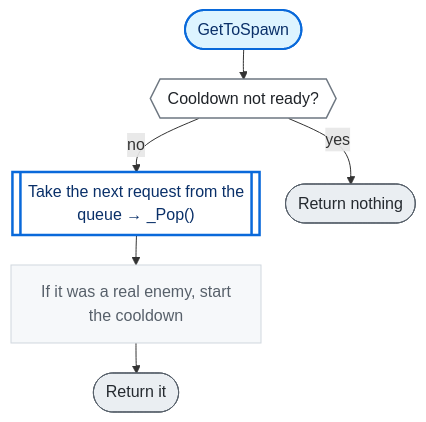
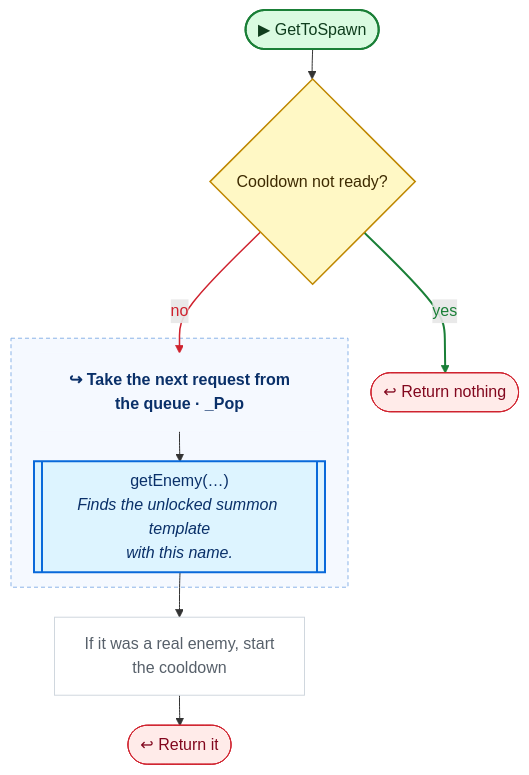
Before and after one commit to nataiai/Lord-of-the-Dungeon: the third of 4 diagrams in CodeGraph~/graph/Connector/SummonDB.cs.md, drawn with Mermaid. The commit also changed other lines of this file and 44 other files, not shown here.

````diff
--- a/CodeGraph~/graph/Connector/SummonDB.cs.md
+++ b/CodeGraph~/graph/Connector/SummonDB.cs.md
@@ -75,36 +75,50 @@
 ```mermaid
 ---
 config:
   flowchart:
     wrappingWidth: 260
     nodeSpacing: 26
     rankSpacing: 30
 ---
 flowchart TD
-  nS(["GetToSpawn"])
-  n6f665b{{"Cooldown not ready?"}}
-  n9803bb[["Take the next request from the<br>queue → _Pop()"]]
+  nS(["▶ GetToSpawn"])
+  n6f665b{"Cooldown not ready?"}
+  n9803bb_h["↪ Take the next request from<br>the queue · _Pop"]
+  n9803bb_n912e82[["getEnemy(…)<br><i>Finds the unlocked summon template</i><br><i>with this name.</i>"]]
   n295bb4["If it was a real enemy, start<br>the cooldown"]
-  neebe27(["Return nothing"])
-  n06abba(["Return it"])
+  neebe27(["↩ Return nothing"])
+  n06abba(["↩ Return it"])
+  subgraph n9803bb_g[" "]
+    n9803bb_h
+    n9803bb_n912e82
+  end
+  style n9803bb_g fill:#f5f9ff,stroke:#8cb4e8,stroke-dasharray:4 3,color:#0a3069
   nS --> n6f665b
-  n6f665b -->|no| n9803bb
+  n6f665b -->|no| n9803bb_h
   n6f665b -->|yes| neebe27
-  n9803bb --> n295bb4
   n295bb4 --> n06abba
-  classDef unity fill:#fff1c2,stroke:#9a6700,stroke-width:2px,color:#3b2300
-  classDef start fill:#ddf4ff,stroke:#0969da,stroke-width:2px,color:#0a3069
-  classDef calc fill:#f6f8fa,stroke:#d0d7de,color:#57606a
-  classDef calls fill:#ffffff,stroke:#0969da,stroke-width:2.5px,color:#0a3069
-  classDef cond fill:#ffffff,stroke:#6e7781,stroke-width:1.5px,color:#1f2328
-  classDef loop fill:#fbefff,stroke:#8250df,color:#3e1f79
-  classDef exit fill:#eaeef2,stroke:#57606a,color:#24292f
-  classDef wait fill:#fff8f0,stroke:#bc4c00,color:#4d1d00
+  n9803bb_h --> n9803bb_n912e82
+  n9803bb_n912e82 --> n295bb4
+  linkStyle 1 stroke:#cf222e,stroke-width:1.5px,color:#cf222e
+  linkStyle 2 stroke:#1a7f37,stroke-width:2px,color:#1a7f37
+  classDef unity fill:#dafbe1,stroke:#1a7f37,stroke-width:2px,color:#0f3d1d
+  classDef start fill:#dafbe1,stroke:#1a7f37,stroke-width:2px,color:#0f3d1d
+  classDef calc fill:#ffffff,stroke:#d0d7de,color:#57606a
+  classDef calls fill:#ddf4ff,stroke:#0969da,stroke-width:2px,color:#0a3069
+  classDef ext fill:#ddf4ff,stroke:#0969da,stroke-width:2px,stroke-dasharray:5 3,color:#0a3069
+  classDef cond fill:#fff8c5,stroke:#bf8700,stroke-width:1.5px,color:#3d2a00
+  classDef loop fill:#f6f8fa,stroke:#57606a,color:#1f2328
+  classDef exit fill:#ffebe9,stroke:#cf222e,color:#82071e
+  classDef kill fill:#ffebe9,stroke:#cf222e,stroke-width:2px,color:#82071e
+  classDef spawn fill:#dafbe1,stroke:#1a7f37,stroke-width:2px,color:#0f3d1d
+  classDef wait fill:#fff1e5,stroke:#bc4c00,color:#4d1d00
   classDef fin fill:#eaeef2,stroke:#8c959f,color:#57606a
   classDef join fill:#d0d7de,stroke:#8c959f,color:#57606a
+  classDef ghdr fill:#f5f9ff,stroke:#f5f9ff,color:#0a3069,font-weight:bold
   class n295bb4 calc
-  class n9803bb calls
+  class n9803bb_n912e82 calls
   class n6f665b cond
   class neebe27,n06abba exit
+  class n9803bb_h ghdr
   class nS start
 ```
````
